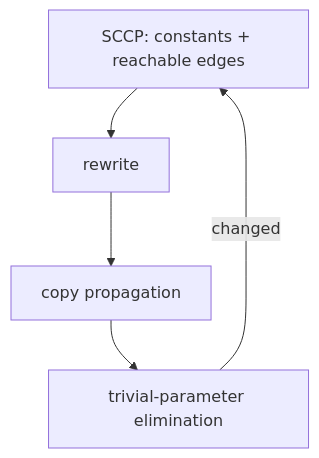
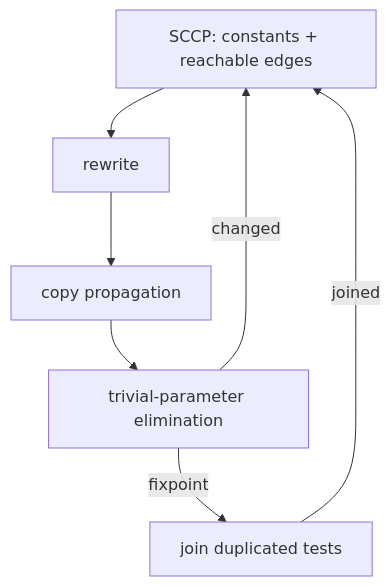
Before and after one commit to DimitriFourny/open-decomp: the second of 2 diagrams in docs/internals/ssa-values.md, drawn with Mermaid. The commit also changed other lines of this file and 10 other files, not shown here.

Commit message:
G3: join duplicated tests and un-rotate loops (joinDuplicateTests at the simplification fixpoint, forwarding preheaders, per-edge term check; values-effects/6, emitters 71)

````diff
--- a/docs/internals/ssa-values.md
+++ b/docs/internals/ssa-values.md
@@ -44,7 +44,9 @@
 ```mermaid
 flowchart TD
   A["SCCP: constants + reachable edges"] --> B["rewrite"]
   B --> C["copy propagation"]
   C --> D["trivial-parameter elimination"]
   D -->|"changed"| A
+  D -->|"fixpoint"| E["join duplicated tests"]
+  E -->|"joined"| A
 ```
````
